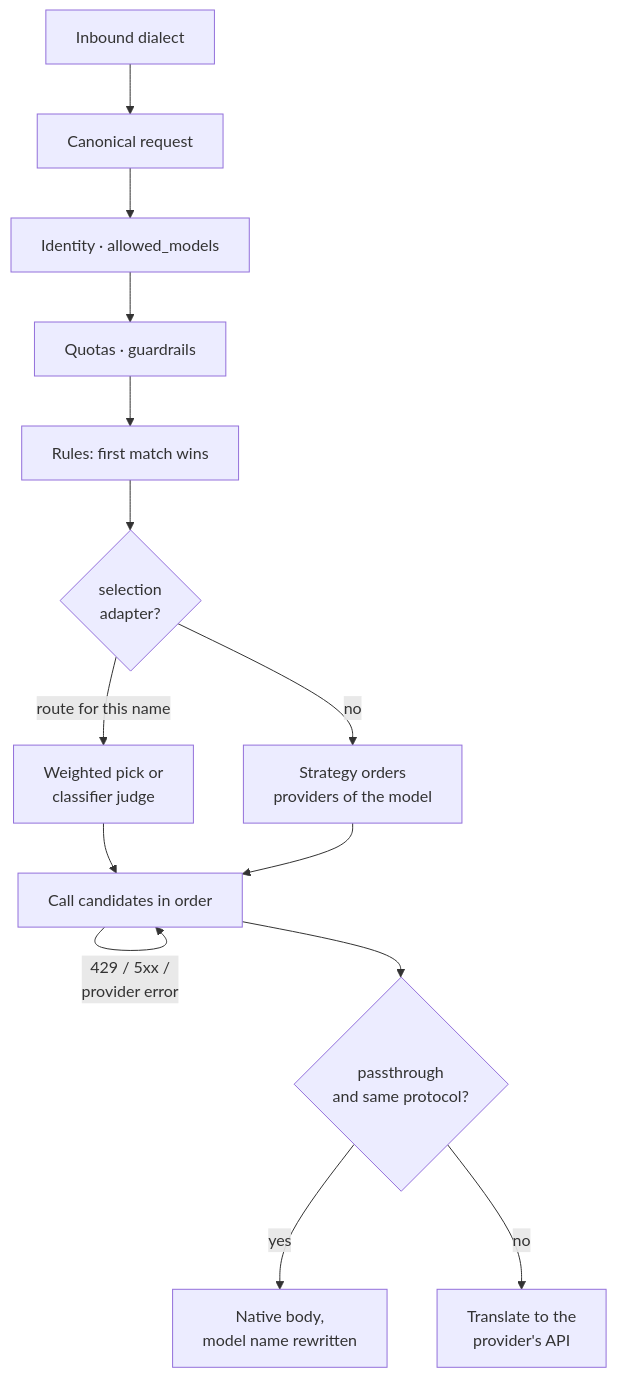
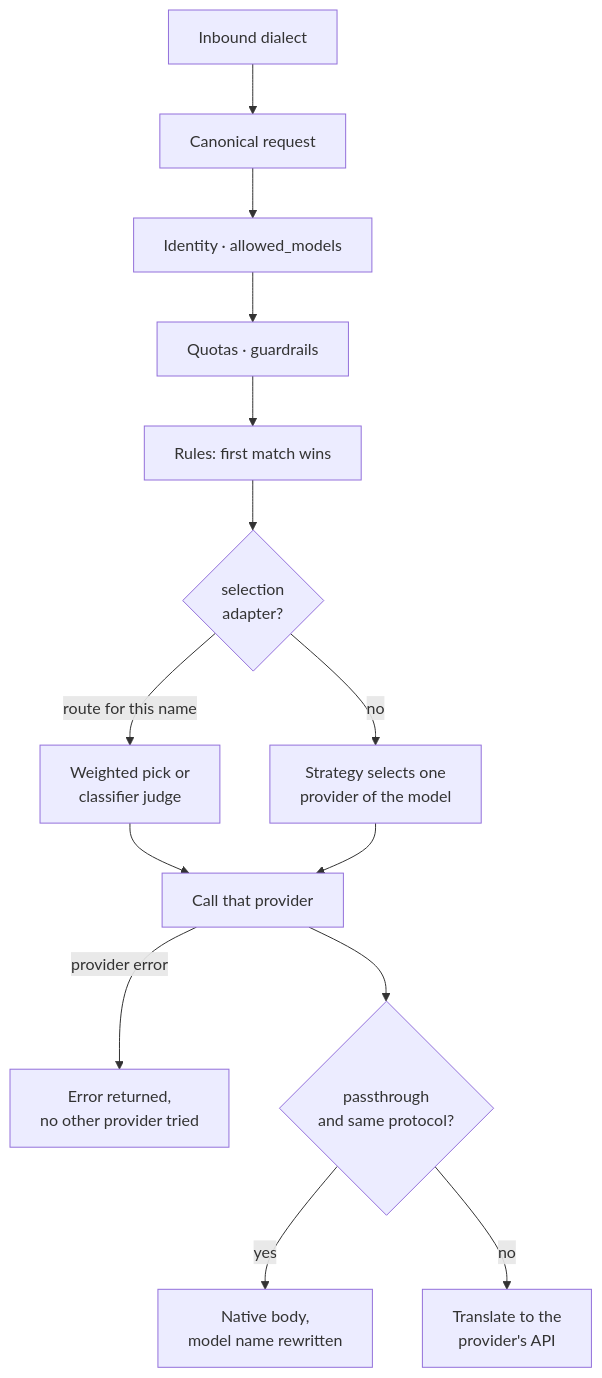
Before and after one commit to niuulabs/niuu: the diagram in docs/site/architecture/models/routing.md, drawn with Mermaid. The commit also changed other lines of this file and 21 other files, not shown here.

First line of the commit message:
docs: align rules, limits and architecture pages with the fixes

````diff
--- a/docs/site/architecture/models/routing.md
+++ b/docs/site/architecture/models/routing.md
@@ -22,16 +24,16 @@
 ```mermaid
 flowchart TD
     IN[Inbound dialect] --> CAN[Canonical request]
     CAN --> AUTH[Identity · allowed_models]
     AUTH --> Q[Quotas · guardrails]
     Q --> RULES[Rules: first match wins]
     RULES --> SEL{selection<br/>adapter?}
     SEL -- "route for this name" --> PICK[Weighted pick or<br/>classifier judge]
-    SEL -- no --> STRAT[Strategy orders<br/>providers of the model]
+    SEL -- no --> STRAT[Strategy selects one<br/>provider of the model]
     PICK --> CALL
-    STRAT --> CALL[Call candidates in order]
-    CALL -- "429 / 5xx /<br/>provider error" --> CALL
+    STRAT --> CALL[Call that provider]
+    CALL -- "provider error" --> ERR[Error returned,<br/>no other provider tried]
     CALL --> PATH{passthrough<br/>and same protocol?}
     PATH -- yes --> NAT[Native body,<br/>model name rewritten]
     PATH -- no --> TR[Translate to the<br/>provider's API]
 ```
````
